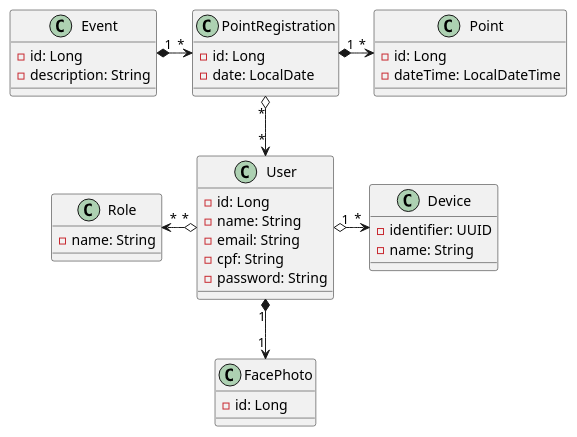
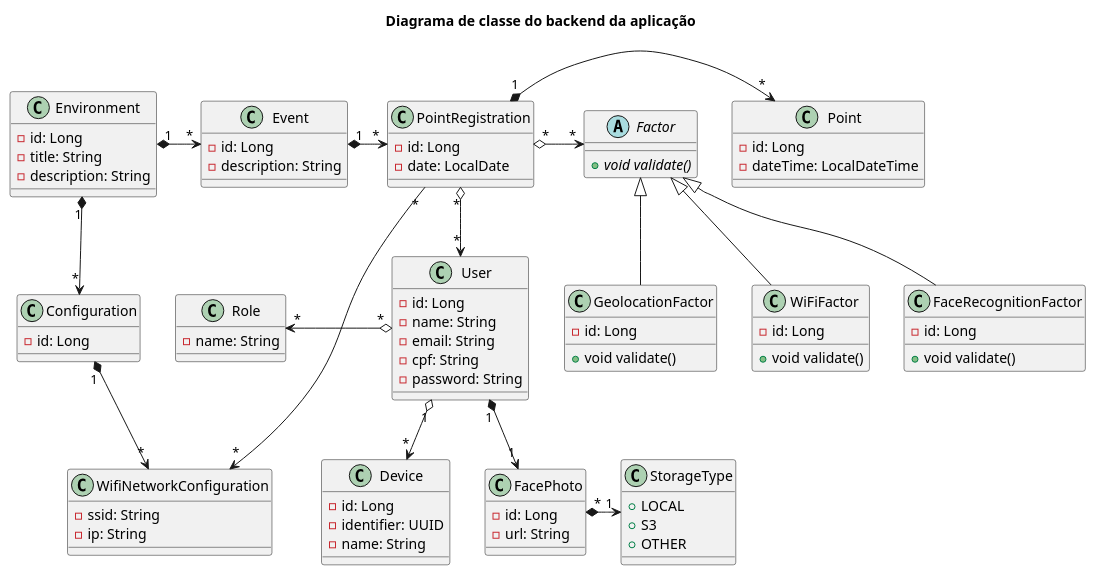
The diagram in backend/diagram-class.plantuml (luan-coelho/faceverify), drawn with PlantUML before and after one commit.

Commit message:
refactor: Atualizando diagrama de classes.

```diff
--- a/backend/diagram-class.plantuml
+++ b/backend/diagram-class.plantuml
@@ -1,48 +1,102 @@
 @startuml
+title Diagrama de classe do backend da aplicação
 
 class User {
     - id: Long
     - name: String
     - email: String
     - cpf: String
     - password: String
 }
 
 class Device {
+    - id: Long
     - identifier: UUID
     - name: String
 }
 
 class FacePhoto {
     - id: Long
+    - url: String
+}
+
+class StorageType {
+    + LOCAL
+    + S3
+    + OTHER
 }
 
 class Role {
     - name: String
 }
 
 class Event {
     - id: Long
     - description: String
 }
 
 class PointRegistration {
     - id: Long
     - date: LocalDate
 }
 
 class Point {
     - id: Long
     - dateTime: LocalDateTime
 }
 
+abstract class Factor {
+    + void {abstract} validate()
+}
+
+class Environment {
+    - id: Long
+    - title: String
+    - description: String
+}
+
+class Configuration {
+    - id: Long
+}
+
+class WifiNetworkConfiguration {
+    - ssid: String
+    - ip: String
+}
+
+class FaceRecognitionFactor {
+    - id: Long
+    + void validate()
+}
+
+class GeolocationFactor {
+    - id: Long
+    + void validate()
+}
+
+class WiFiFactor {
+    - id: Long
+    + void validate()
+}
+
+Environment "1" *-> "*" Event
+Environment "1" *-down-> "*" Configuration
+Configuration "1" *-down-> "*" WifiNetworkConfiguration
 Event "1" *-> "*" PointRegistration
 
 PointRegistration "1" *-> "*" Point
 PointRegistration "*" o-down-> "*" User
+PointRegistration "*" o-> "*" Factor
+PointRegistration "*" --> "*" WifiNetworkConfiguration
+
+Factor <|-- FaceRecognitionFactor
+Factor <|-- GeolocationFactor
+Factor <|-- WiFiFactor
 
 User "*" o-left-> "*" Role
-User "1" o-> "*" Device
+User "1" o-down-> "*" Device
 User "1" *-down-> "1" FacePhoto
 
+FacePhoto "*" *-> "1" StorageType
+
 @enduml
```
